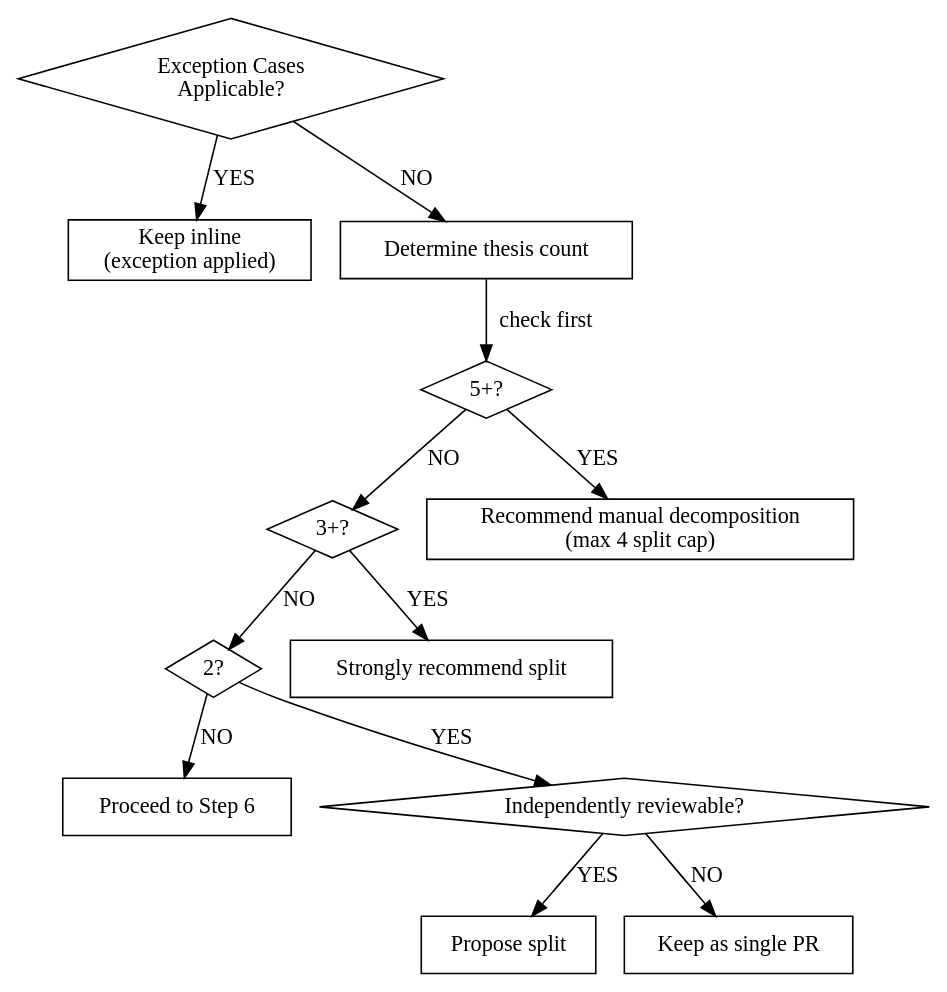
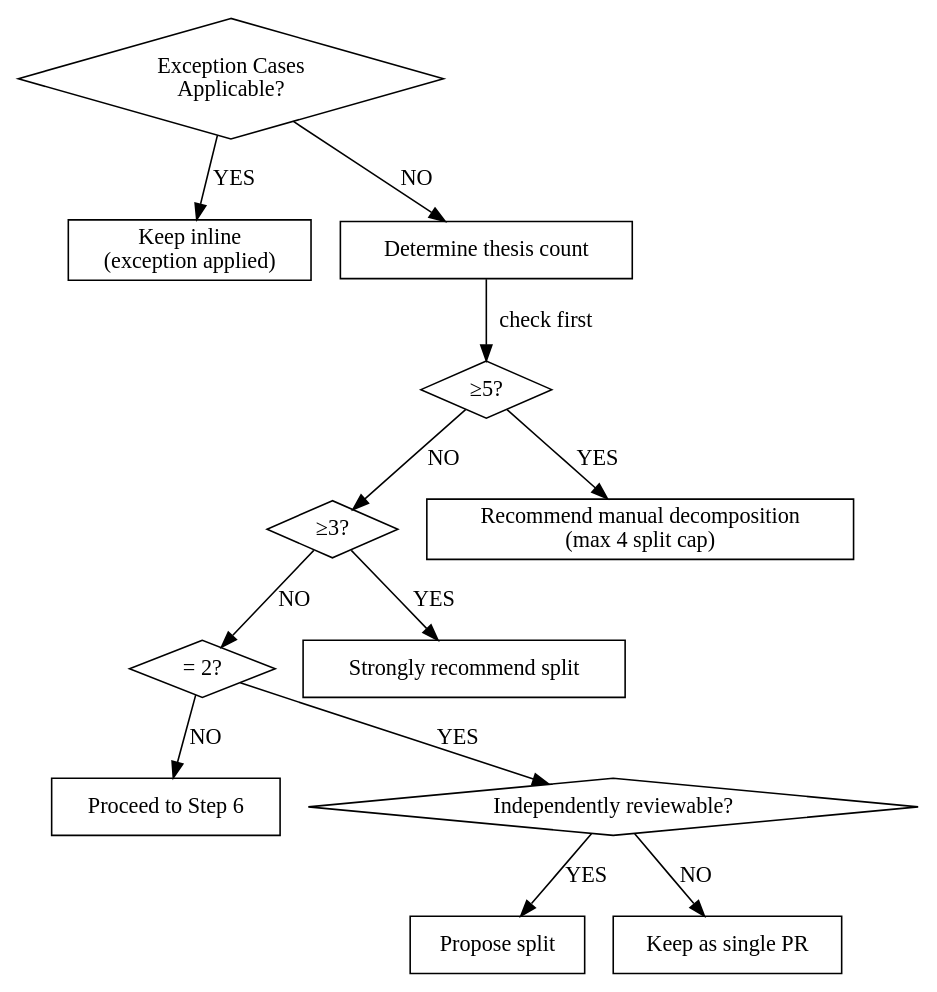
One commit to toongri/oh-my-toong-playground changed the diagram in skills/make-pr/references/scope-assessment.md. Above: the diagram before and after it, drawn with Graphviz. The commit also changed other lines of this file, not shown here.

````diff
--- a/skills/make-pr/references/scope-assessment.md
+++ b/skills/make-pr/references/scope-assessment.md
@@ -44,30 +44,30 @@
 ```dot
 digraph thesis_decision {
     rankdir=TB;
 
     "Exception Cases\nApplicable?" [shape=diamond];
     "Keep inline\n(exception applied)" [shape=box];
     "Determine thesis count" [shape=box];
-    "2?" [shape=diamond];
-    "3+?" [shape=diamond];
-    "5+?" [shape=diamond];
+    "= 2?" [shape=diamond];
+    "≥3?" [shape=diamond];
+    "≥5?" [shape=diamond];
     "Proceed to Step 6" [shape=box];
     "Independently reviewable?" [shape=diamond];
     "Propose split" [shape=box];
     "Keep as single PR" [shape=box];
     "Strongly recommend split" [shape=box];
     "Recommend manual decomposition\n(max 4 split cap)" [shape=box];
 
     "Exception Cases\nApplicable?" -> "Keep inline\n(exception applied)" [label="YES"];
     "Exception Cases\nApplicable?" -> "Determine thesis count" [label="NO"];
-    "Determine thesis count" -> "5+?" [label="check first"];
-    "5+?" -> "Recommend manual decomposition\n(max 4 split cap)" [label="YES"];
-    "5+?" -> "3+?" [label="NO"];
-    "3+?" -> "Strongly recommend split" [label="YES"];
-    "3+?" -> "2?" [label="NO"];
-    "2?" -> "Independently reviewable?" [label="YES"];
-    "2?" -> "Proceed to Step 6" [label="NO"];
+    "Determine thesis count" -> "≥5?" [label="check first"];
+    "≥5?" -> "Recommend manual decomposition\n(max 4 split cap)" [label="YES"];
+    "≥5?" -> "≥3?" [label="NO"];
+    "≥3?" -> "Strongly recommend split" [label="YES"];
+    "≥3?" -> "= 2?" [label="NO"];
+    "= 2?" -> "Independently reviewable?" [label="YES"];
+    "= 2?" -> "Proceed to Step 6" [label="NO"];
     "Independently reviewable?" -> "Propose split" [label="YES"];
     "Independently reviewable?" -> "Keep as single PR" [label="NO"];
 }
 ```
````
